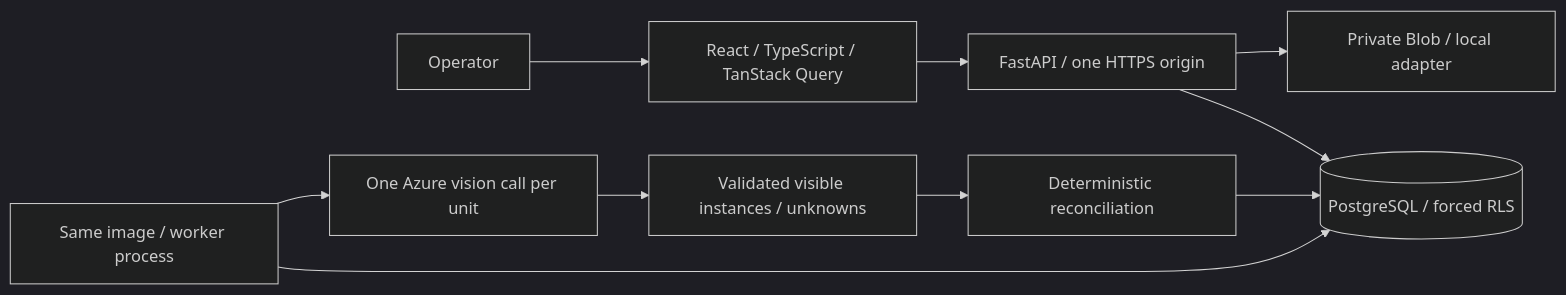
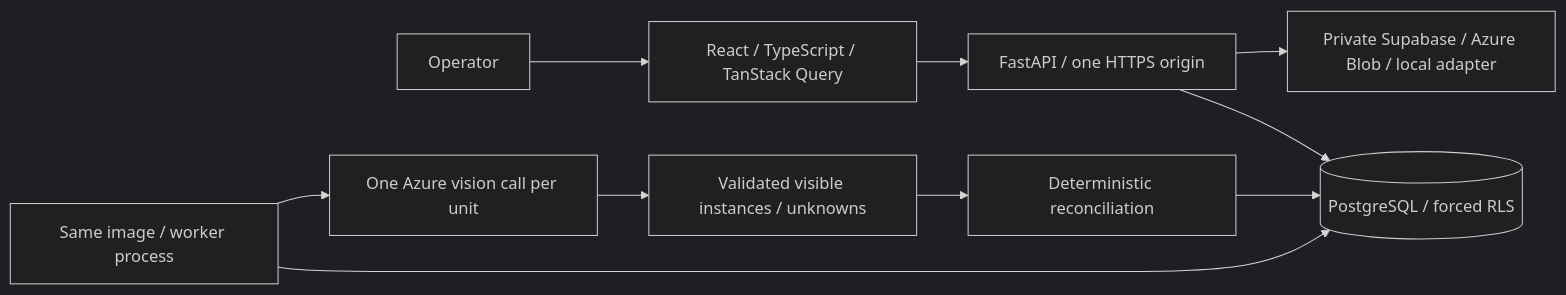
One commit to ganapathyshree007/cube-03-pack-manager changed the diagram in ARCHITECTURE.md. Above: the diagram before and after it, drawn with Mermaid (dark theme). The commit also changed other lines of this file and 31 other files, not shown here.

````diff
--- a/ARCHITECTURE.md
+++ b/ARCHITECTURE.md
@@ -5,12 +5,12 @@
 ```mermaid
 flowchart LR
  Operator --> UI[React / TypeScript / TanStack Query]
  UI --> API[FastAPI / one HTTPS origin]
  API --> DB[(PostgreSQL / forced RLS)]
- API --> Storage[Private Blob / local adapter]
+ API --> Storage[Private Supabase / Azure Blob / local adapter]
  Worker[Same image / worker process] --> DB
  Worker --> VLM[One Azure vision call per unit]
  VLM --> Observations[Validated visible instances / unknowns]
  Observations --> Rules[Deterministic reconciliation]
  Rules --> DB
 ```
````
